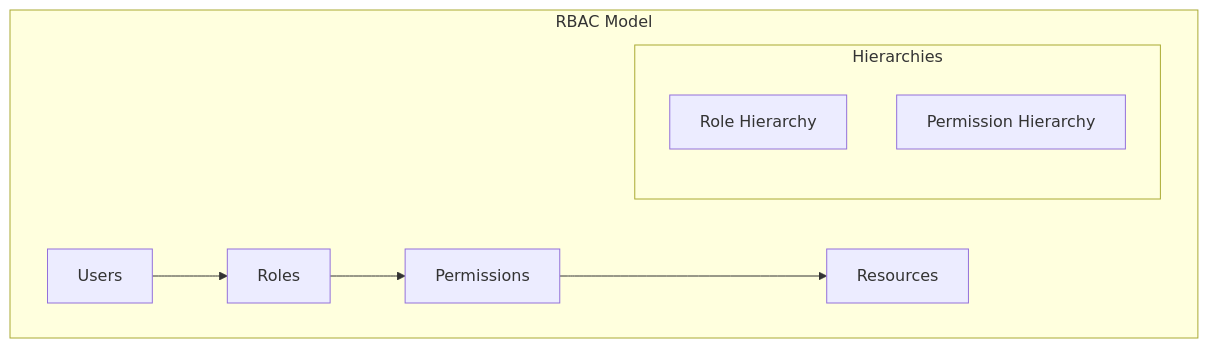
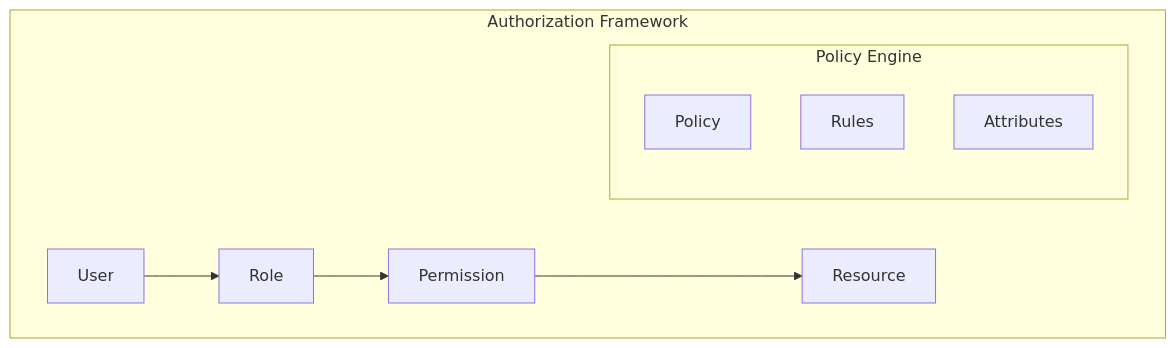
Before and after one commit to saravanakumarrc/Architecture_Journey: the third of 3 diagrams in src/Authentication_and_Authorization_Frameworks.md, drawn with Mermaid. The commit also changed other lines of this file and 6 other files, not shown here.

First line of the commit message:
Refactor observability documentation: streamline sections, enhance clarity, and update diagrams for better understanding of monitoring components and patterns.

````diff
--- a/src/Authentication_and_Authorization_Frameworks.md
+++ b/src/Authentication_and_Authorization_Frameworks.md
@@ -49,13 +52,14 @@
 ```mermaid
 graph TB
-    subgraph "RBAC Model"
-        U[Users] --> R[Roles]
-        R --> P[Permissions]
-        P --> R2[Resources]
+    subgraph "Authorization Framework"
+        U[User] --> R[Role]
+        R --> P[Permission]
+        P --> RS[Resource]
         
-        subgraph "Hierarchies"
-            RH[Role Hierarchy]
-            PH[Permission Hierarchy]
+        subgraph "Policy Engine"
+            PE[Policy]
+            RE[Rules]
+            AE[Attributes]
         end
     end
 ```
````
